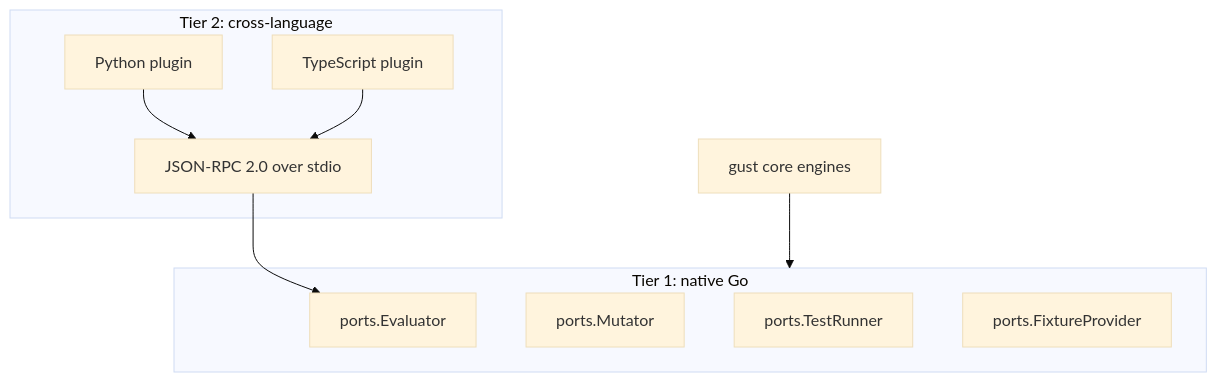
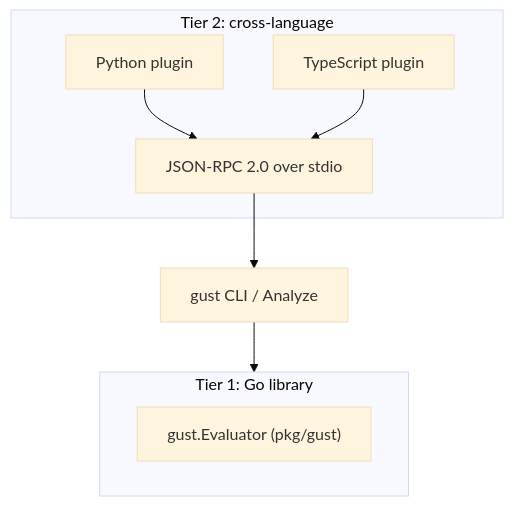
One commit to ShadyD45/gust changed the diagram in docs/extending/index.md. Above: the diagram before and after it, drawn with Mermaid (base theme). The commit also changed other lines of this file and 110 other files, not shown here.

````diff
--- a/docs/extending/index.md
+++ b/docs/extending/index.md
@@ -27,18 +23,15 @@
 ```mermaid
 flowchart TB
-  subgraph tier1 [Tier 1: native Go]
-    ev[ports.Evaluator]
-    mu[ports.Mutator]
-    tr[ports.TestRunner]
-    fp[ports.FixtureProvider]
+  subgraph tier1 [Tier 1: Go library]
+    ev["gust.Evaluator (pkg/gust)"]
   end
   subgraph tier2 [Tier 2: cross-language]
     wire["JSON-RPC 2.0 over stdio"]
     py[Python plugin]
     ts[TypeScript plugin]
   end
-  core[gust core engines] --> tier1
-  wire --> ev
+  core[gust CLI / Analyze] --> tier1
+  wire --> core
   py --> wire
   ts --> wire
 ```
````
